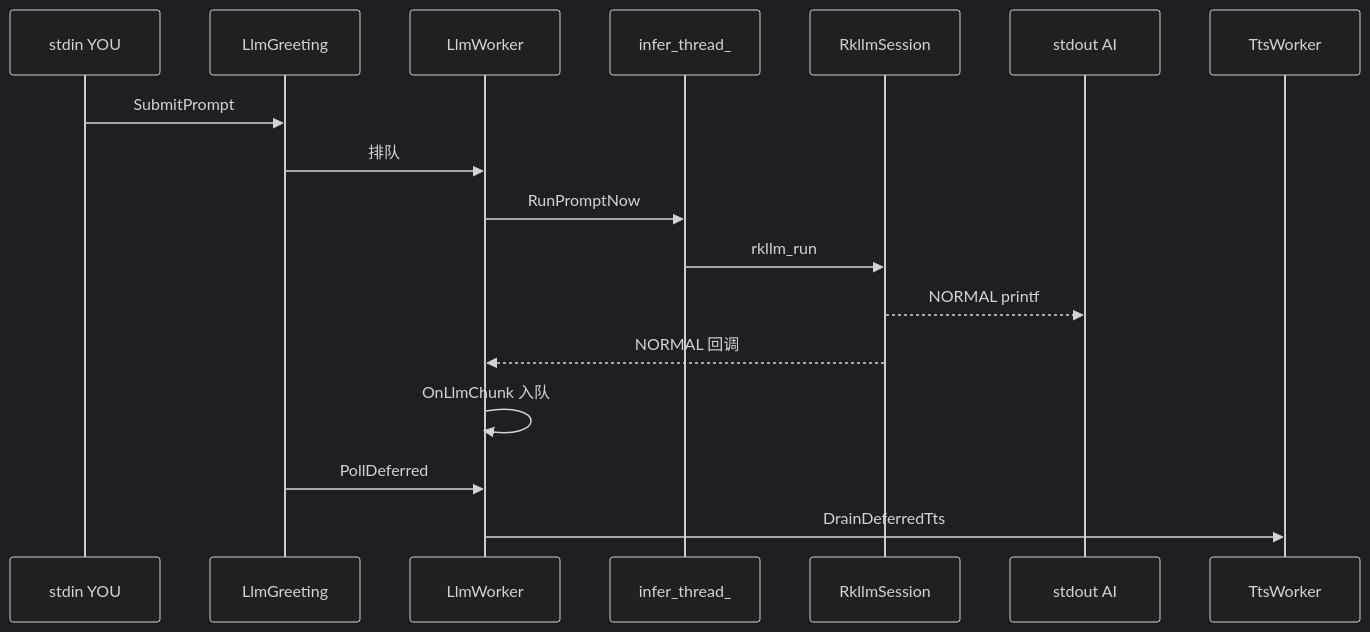
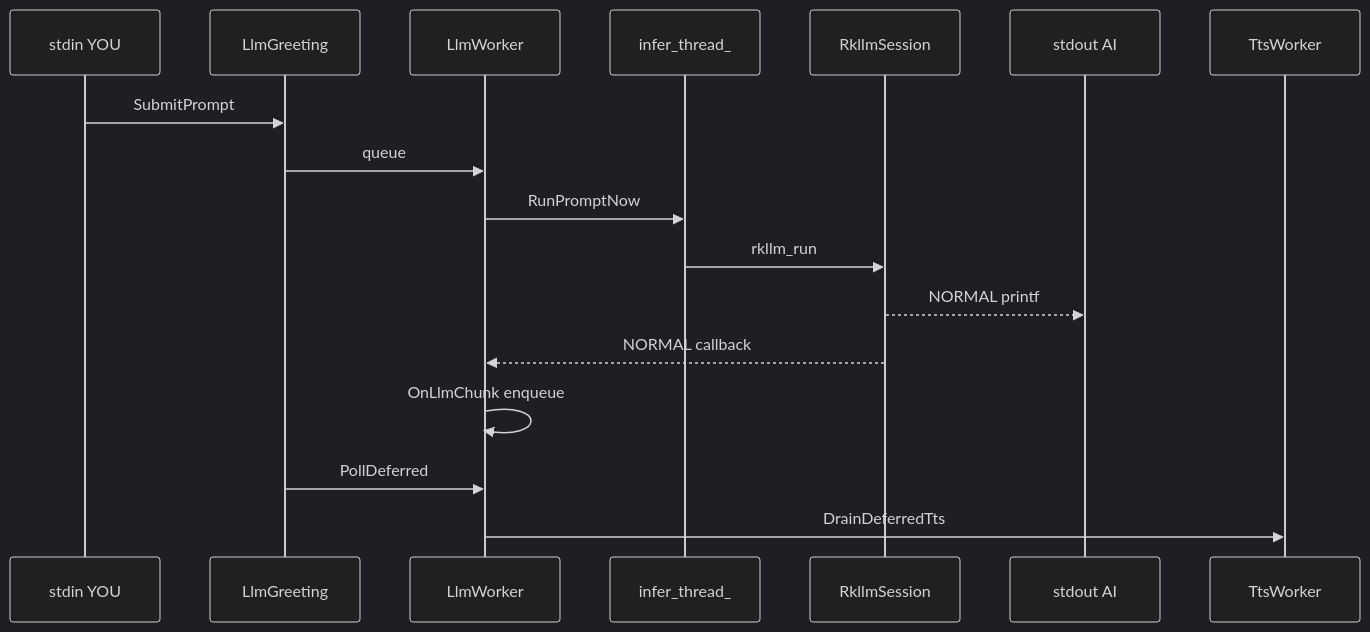
Before and after one commit to kyshipit/eai-rk3588: the second of 3 diagrams in docs/llm-model-coordinator.md, drawn with Mermaid (dark theme). The commit also changed other lines of this file and 21 other files, not shown here.

````diff
--- a/docs/llm-model-coordinator.md
+++ b/docs/llm-model-coordinator.md
@@ -62,20 +62,20 @@
 ```mermaid
 sequenceDiagram
     participant YOU as stdin YOU
     participant Greet as LlmGreeting
     participant Worker as LlmWorker
     participant Infer as infer_thread_
     participant RK as RkllmSession
     participant AI as stdout AI
     participant TTS as TtsWorker
 
     YOU->>Greet: SubmitPrompt
-    Greet->>Worker: 排队
+    Greet->>Worker: queue
     Worker->>Infer: RunPromptNow
     Infer->>RK: rkllm_run
     RK-->>AI: NORMAL printf
-    RK-->>Worker: NORMAL 回调
-    Worker->>Worker: OnLlmChunk 入队
+    RK-->>Worker: NORMAL callback
+    Worker->>Worker: OnLlmChunk enqueue
     Greet->>Worker: PollDeferred
     Worker->>TTS: DrainDeferredTts
 ```
````
